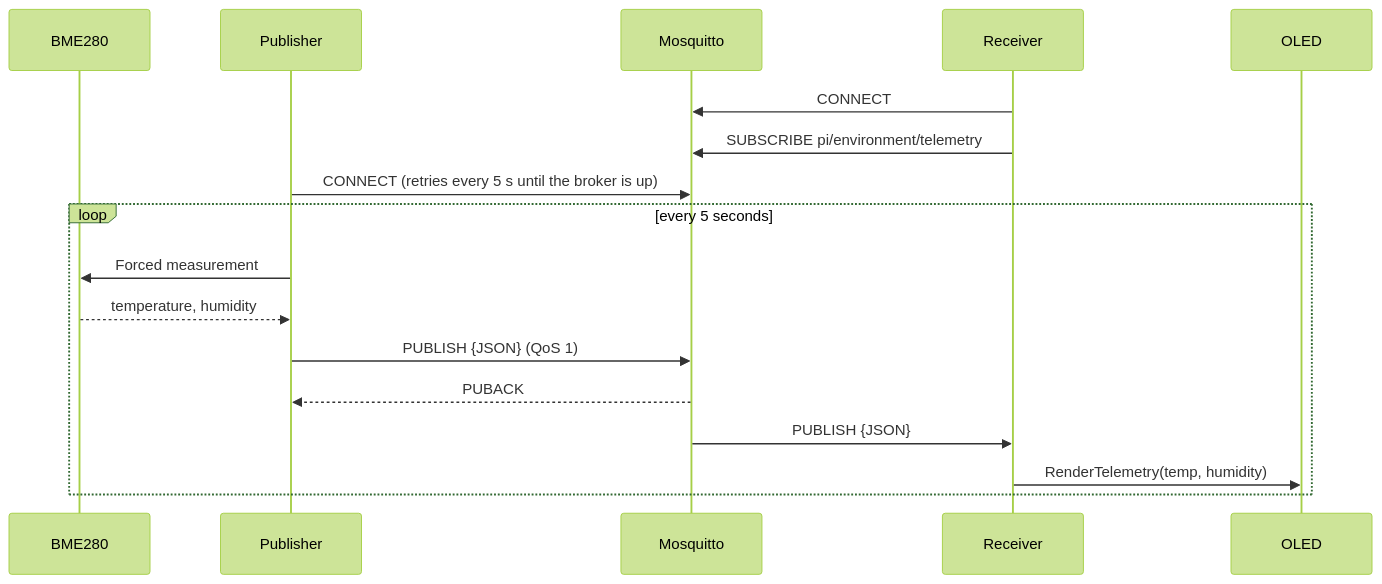
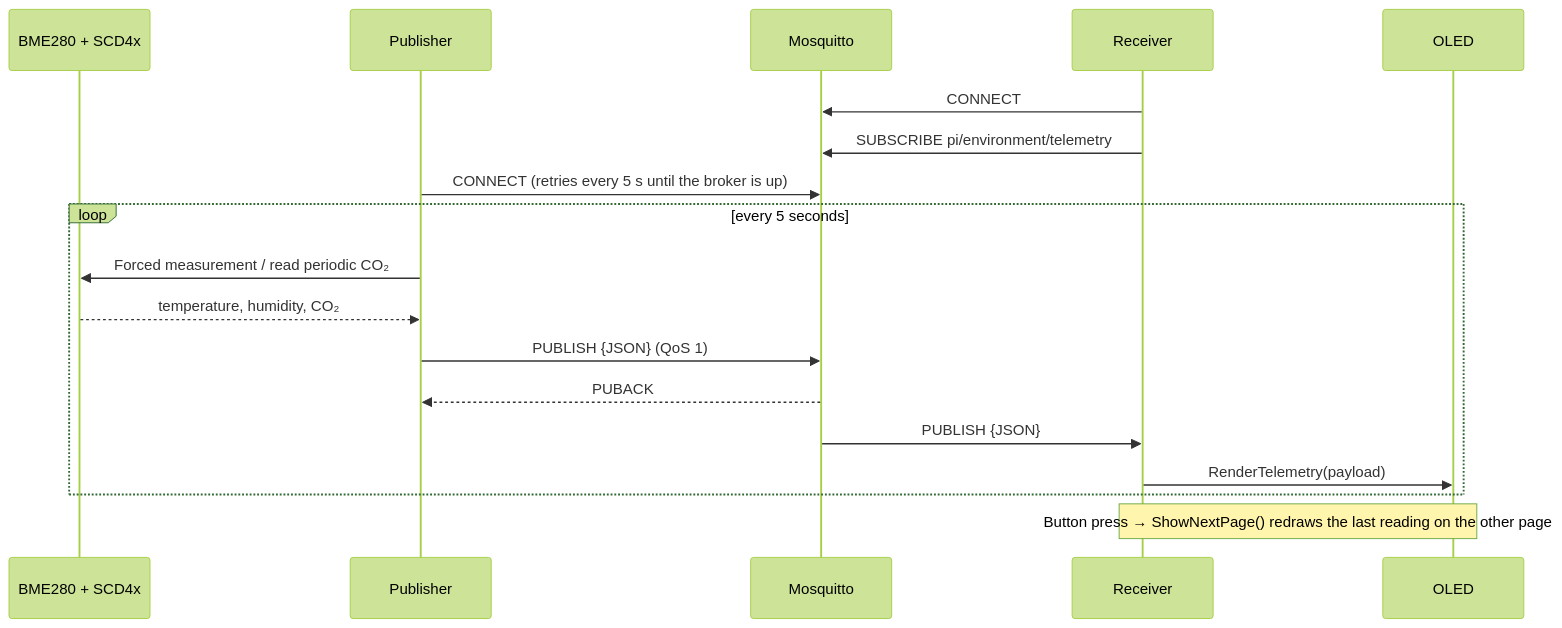
Before and after one commit to SabinMG/EnviroPi-MQTT: the second of 5 diagrams in README.md, drawn with Mermaid (forest theme). The commit also changed other lines of this file and 2 other files, not shown here.

Commit message:
Document the CO2 sensor and button, update screen previews

````diff
--- a/README.md
+++ b/README.md
@@ -47,20 +53,21 @@
 ```mermaid
 sequenceDiagram
-    participant S as BME280
+    participant S as BME280 + SCD4x
     participant P as Publisher
     participant B as Mosquitto
     participant R as Receiver
     participant D as OLED
 
     R->>B: CONNECT
     R->>B: SUBSCRIBE pi/environment/telemetry
     P->>B: CONNECT (retries every 5 s until the broker is up)
     loop every 5 seconds
-        P->>S: Forced measurement
-        S-->>P: temperature, humidity
+        P->>S: Forced measurement / read periodic CO₂
+        S-->>P: temperature, humidity, CO₂
         P->>B: PUBLISH {JSON} (QoS 1)
         B-->>P: PUBACK
         B->>R: PUBLISH {JSON}
-        R->>D: RenderTelemetry(temp, humidity)
+        R->>D: RenderTelemetry(payload)
     end
+    Note over R,D: Button press → ShowNextPage() redraws the last reading on the other page
 ```
````
